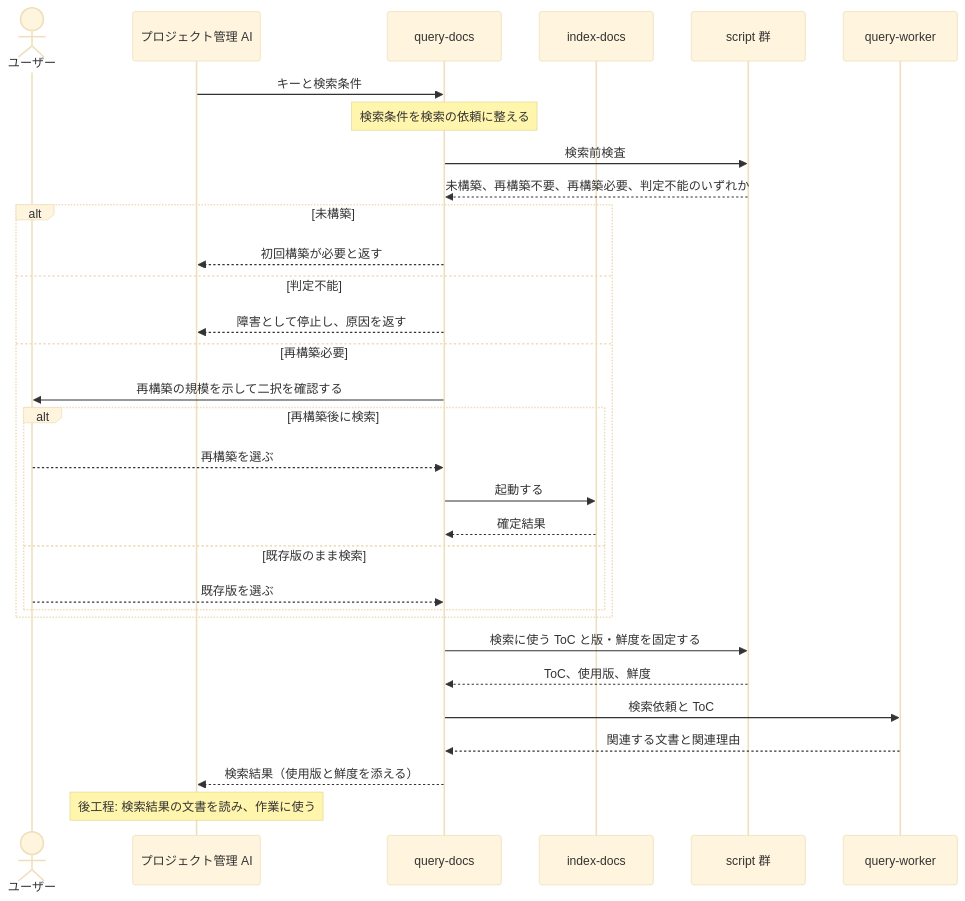
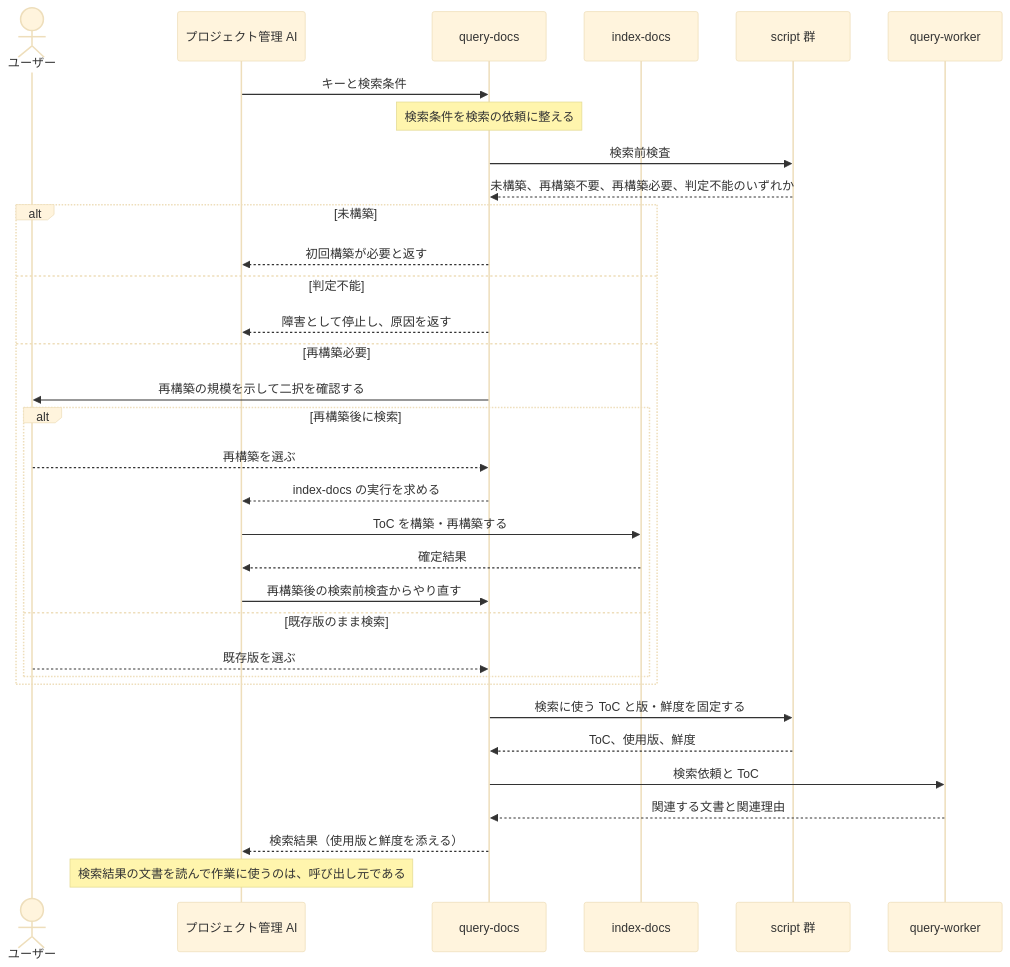
One commit to BlueEventHorizon/doc-link changed the fourth of 10 diagrams in docs/specs/design/DES-010_skill-composition.md. Above: the diagram before and after it, drawn with Mermaid (base theme). The commit also changed other lines of this file and 30 other files, not shown here.

First line of the commit message:
fix(doc-link): SKILL から後工程の案内をなくし、流れは入口（index-docs・query-docs）の手順へ寄せる

````diff
--- a/docs/specs/design/DES-010_skill-composition.md
+++ b/docs/specs/design/DES-010_skill-composition.md
@@ -225,34 +209,36 @@
 ```mermaid
 sequenceDiagram
     actor User as ユーザー
     participant PM as プロジェクト管理 AI
     participant Skill as query-docs
     participant Index as index-docs
     participant Scripts as script 群
     participant Worker as query-worker
 
     PM->>Skill: キーと検索条件
     Note over Skill: 検索条件を検索の依頼に整える
     Skill->>Scripts: 検索前検査
     Scripts-->>Skill: 未構築、再構築不要、再構築必要、判定不能のいずれか
     alt 未構築
         Skill-->>PM: 初回構築が必要と返す
     else 判定不能
         Skill-->>PM: 障害として停止し、原因を返す
     else 再構築必要
         Skill->>User: 再構築の規模を示して二択を確認する
         alt 再構築後に検索
             User-->>Skill: 再構築を選ぶ
-            Skill->>Index: 起動する
-            Index-->>Skill: 確定結果
+            Skill-->>PM: index-docs の実行を求める
+            PM->>Index: ToC を構築・再構築する
+            Index-->>PM: 確定結果
+            PM->>Skill: 再構築後の検索前検査からやり直す
         else 既存版のまま検索
             User-->>Skill: 既存版を選ぶ
         end
     end
     Skill->>Scripts: 検索に使う ToC と版・鮮度を固定する
     Scripts-->>Skill: ToC、使用版、鮮度
     Skill->>Worker: 検索依頼と ToC
     Worker-->>Skill: 関連する文書と関連理由
     Skill-->>PM: 検索結果（使用版と鮮度を添える）
-    Note over PM: 後工程: 検索結果の文書を読み、作業に使う
+    Note over PM: 検索結果の文書を読んで作業に使うのは、呼び出し元である
 ```
````
